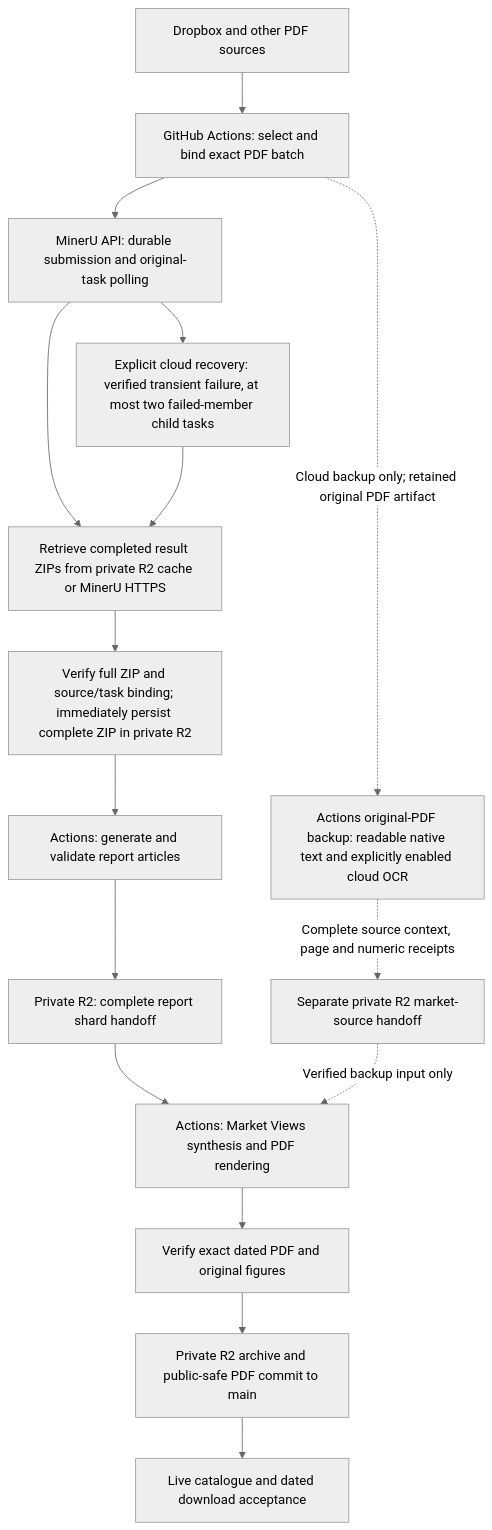
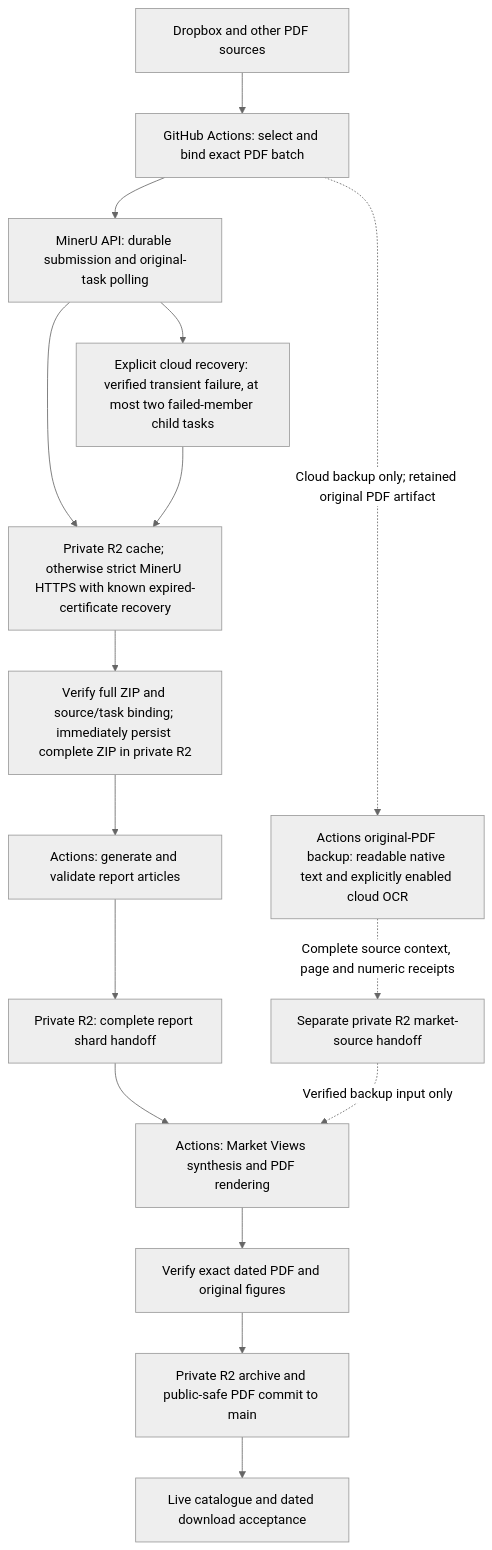
The diagram in docs/pipeline-overview-v2.md (yt-feng/rpt_edit), drawn with Mermaid (neutral theme) before and after one commit. The commit also changed other lines of this file and 14 other files, not shown here.

Commit message:
fix: recover MinerU result downloads automatically in cloud

````diff
--- a/docs/pipeline-overview-v2.md
+++ b/docs/pipeline-overview-v2.md
@@ -21,18 +21,18 @@
 ```mermaid
 flowchart TD
   A["Dropbox and other PDF sources"] --> B["GitHub Actions: select and bind exact PDF batch"]
   B --> C["MinerU API: durable submission and original-task polling"]
-  C --> D["Retrieve completed result ZIPs from private R2 cache or MinerU HTTPS"]
+  C --> D["Private R2 cache; otherwise strict MinerU HTTPS with known expired-certificate recovery"]
   C --> M["Explicit cloud recovery: verified transient failure, at most two failed-member child tasks"]
   M --> D
   D --> N["Verify full ZIP and source/task binding; immediately persist complete ZIP in private R2"]
   N --> E["Actions: generate and validate report articles"]
   E --> F["Private R2: complete report shard handoff"]
   F --> G["Actions: Market Views synthesis and PDF rendering"]
   G --> H["Verify exact dated PDF and original figures"]
   H --> I["Private R2 archive and public-safe PDF commit to main"]
   I --> J["Live catalogue and dated download acceptance"]
   B -. "Cloud backup only; retained original PDF artifact" .-> K["Actions original-PDF backup: readable native text and explicitly enabled cloud OCR"]
   K -. "Complete source context, page and numeric receipts" .-> L["Separate private R2 market-source handoff"]
   L -. "Verified backup input only" .-> G
 ```
````
